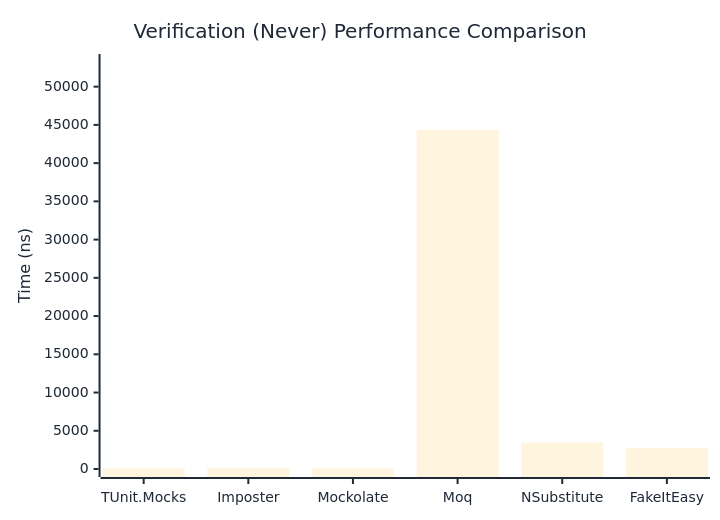
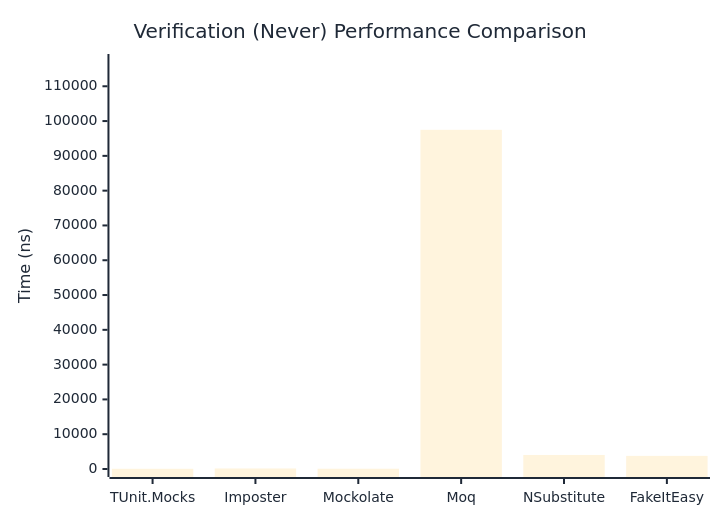
One commit to thomhurst/TUnit changed the second of 3 diagrams in docs/docs/benchmarks/mocks/Verification.md. Above: the diagram before and after it, drawn with Mermaid. The commit also changed other lines of this file and 14 other files, not shown here.

````diff
--- a/docs/docs/benchmarks/mocks/Verification.md
+++ b/docs/docs/benchmarks/mocks/Verification.md
@@ -71,27 +71,27 @@
 ```mermaid
 %%{init: {
   'theme':'base',
   'themeVariables': {
     'primaryColor': '#2563eb',
     'primaryTextColor': '#1f2937',
     'primaryBorderColor': '#1e40af',
     'lineColor': '#6b7280',
     'secondaryColor': '#7c3aed',
     'tertiaryColor': '#dc2626',
     'background': '#ffffff',
     'pie1': '#2563eb',
     'pie2': '#7c3aed',
     'pie3': '#dc2626',
     'pie4': '#f59e0b',
     'pie5': '#10b981',
     'pie6': '#06b6d4',
     'pie7': '#ec4899',
     'pie8': '#6366f1'
   }
 }}%%
 xychart-beta
   title "Verification (Never) Performance Comparison"
   x-axis ["TUnit.Mocks", "Imposter", "Mockolate", "Moq", "NSubstitute", "FakeItEasy"]
-  y-axis "Time (ns)" 0 --> 53227
-  bar [70.47, 159.98, 84.98, 44355.13, 3472.16, 2727.11]
+  y-axis "Time (ns)" 0 --> 116976
+  bar [63.48, 149.67, 80.21, 97479.97, 4037.5, 3772.03]
 ```
````
